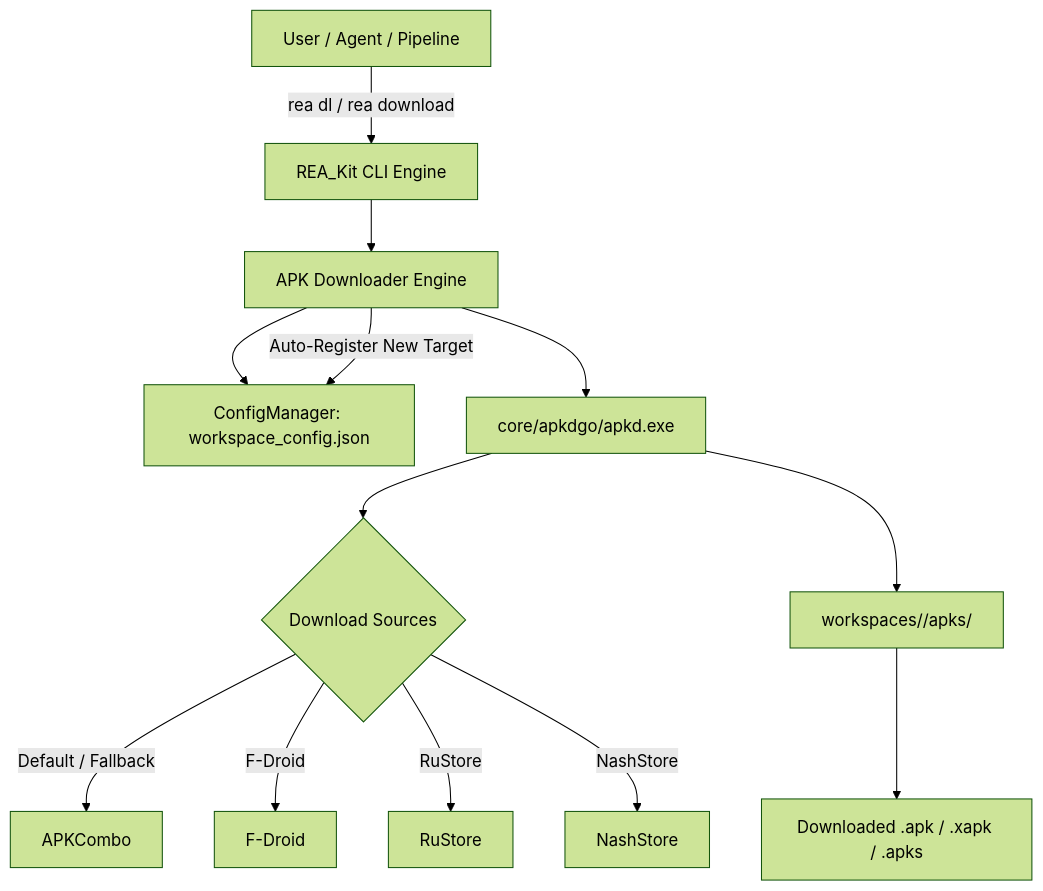
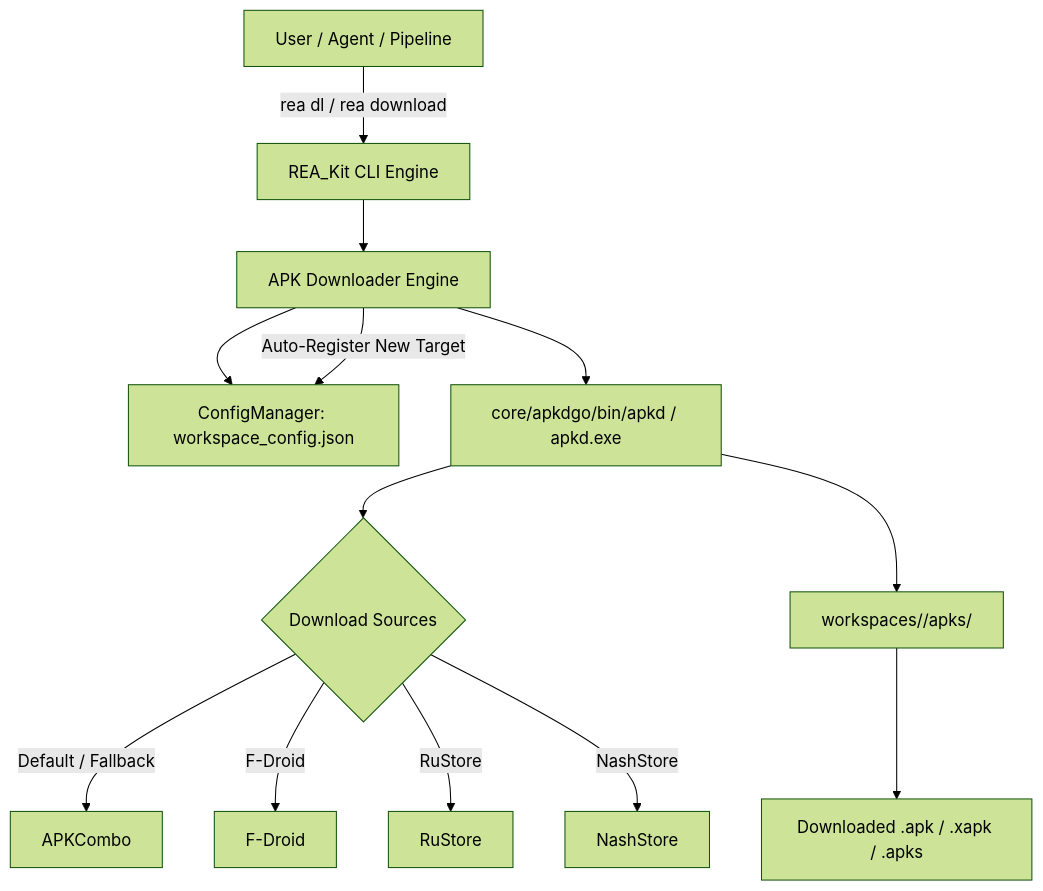
Before and after one commit to impeterwayne/REAKit: the diagram in docs/downloading_targets.md, drawn with Mermaid (forest theme). The commit also changed other lines of this file and 11 other files, not shown here.

````diff
--- a/docs/downloading_targets.md
+++ b/docs/downloading_targets.md
@@ -11,17 +11,17 @@
 ```mermaid
 graph TD
     User[User / Agent / Pipeline] -->|rea dl / rea download| CLI[REA_Kit CLI Engine]
     CLI --> Downloader[APK Downloader Engine]
     Downloader --> Config[ConfigManager: workspace_config.json]
-    Downloader --> Engine[core/apkdgo/apkd.exe]
+    Downloader --> Engine[core/apkdgo/bin/apkd / apkd.exe]
     
     Engine --> Sources{Download Sources}
     Sources -->|Default / Fallback| ApkCombo[APKCombo]
     Sources -->|F-Droid| FDroid[F-Droid]
     Sources -->|RuStore| RuStore[RuStore]
     Sources -->|NashStore| NashStore[NashStore]
     
     Engine --> Output["workspaces/<package_name>/apks/"]
     Output --> Archive[Downloaded .apk / .xapk / .apks]
     Downloader -->|Auto-Register New Target| Config
 ```
````
